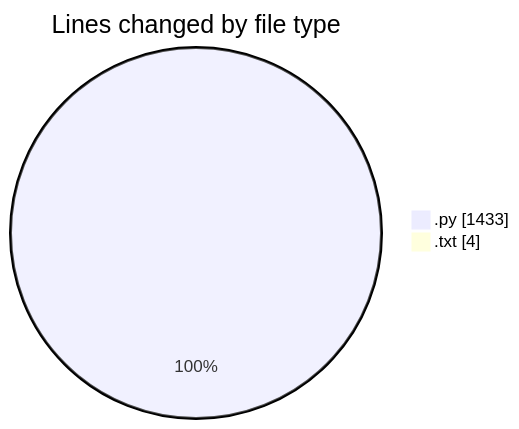
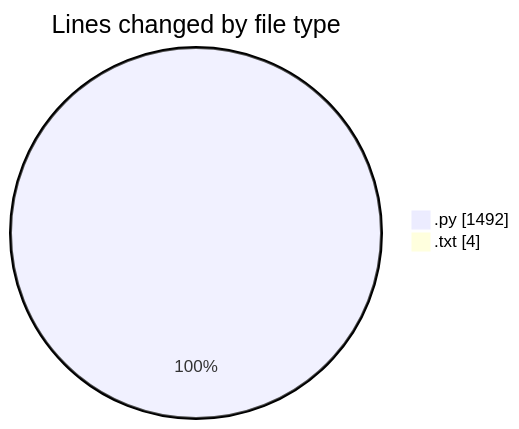
One commit to CELIANVF/code-tracking changed the first of 2 diagrams in 2025-06-01/video_app/README.md. Above: the diagram before and after it, drawn with Mermaid. The commit also changed other lines of this file and 1 other file, not shown here.

````diff
--- a/2025-06-01/video_app/README.md
+++ b/2025-06-01/video_app/README.md
@@ -26,6 +26,6 @@
 ```mermaid
 pie showData
 title Lines changed by file type
-".py" : 1433
+".py" : 1492
 ".txt" : 4
 ```
````
